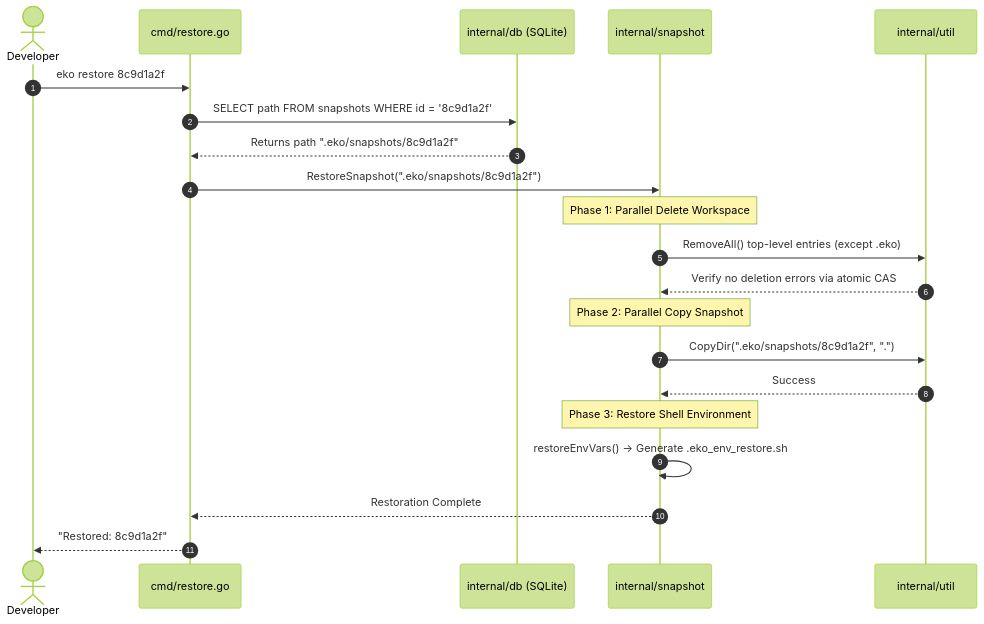
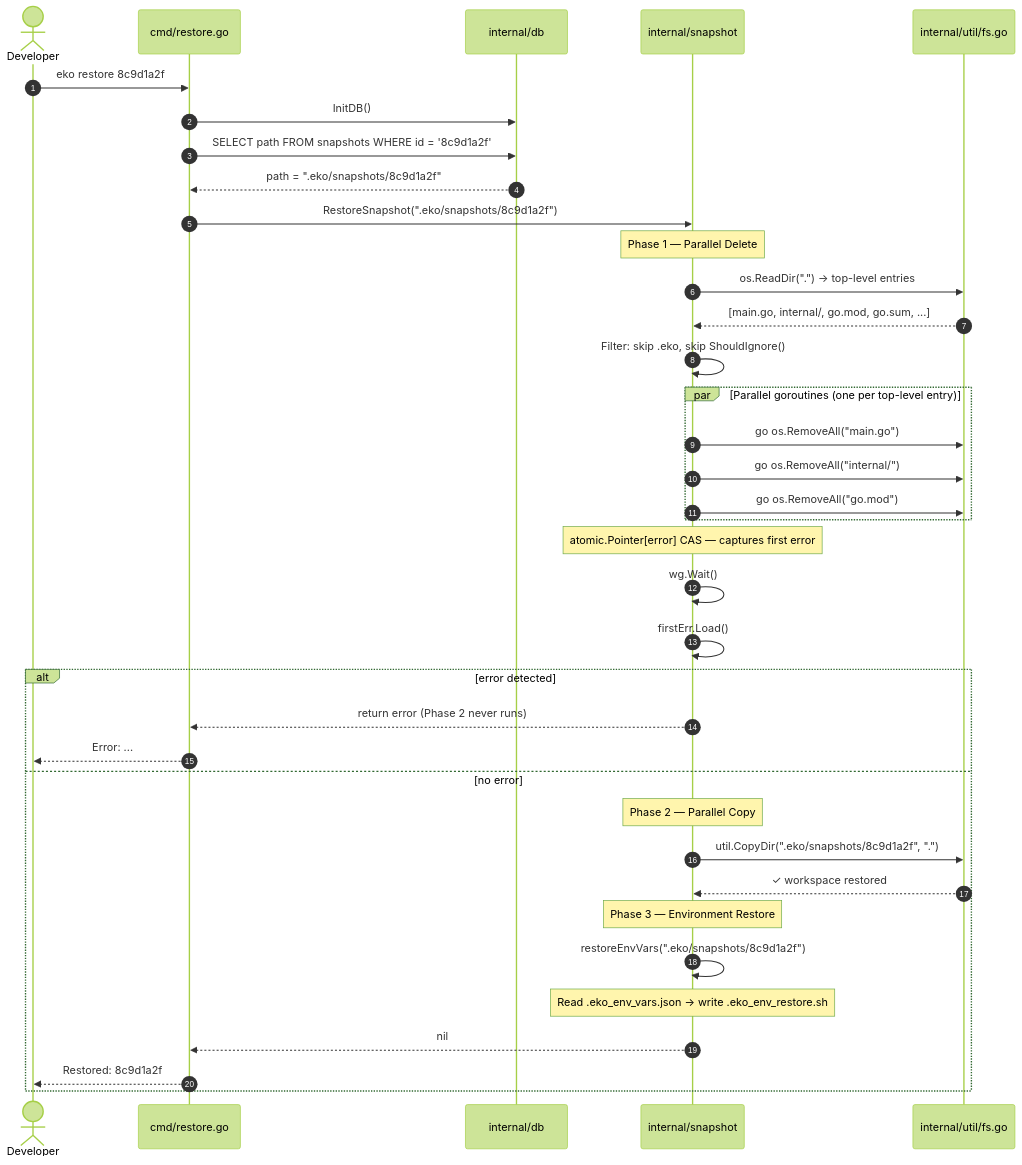
Before and after one commit to UmairAhmedImran/eko: diagram 13 of 17 in ARCHITECTURE.md, drawn with Mermaid (forest theme). The commit also changed other lines of this file, not shown here.

First line of the commit message:
docs: completely rewrite ARCHITECTURE.md with 15 comprehensive diagrams

````diff
--- a/ARCHITECTURE.md
+++ b/ARCHITECTURE.md
@@ -238,29 +515,48 @@
 ```mermaid
 sequenceDiagram
     autonumber
-    actor Developer
+    actor Dev as Developer
     participant CLI as cmd/restore.go
-    participant DB as internal/db (SQLite)
+    participant DB  as internal/db
     participant Snap as internal/snapshot
-    participant FS as internal/util
+    participant FS  as internal/util/fs.go
 
-    Developer->>CLI: eko restore 8c9d1a2f
+    Dev->>CLI: eko restore 8c9d1a2f
+
+    CLI->>DB: InitDB()
     CLI->>DB: SELECT path FROM snapshots WHERE id = '8c9d1a2f'
-    DB-->>CLI: Returns path ".eko/snapshots/8c9d1a2f"
+    DB-->>CLI: path = ".eko/snapshots/8c9d1a2f"
 
     CLI->>Snap: RestoreSnapshot(".eko/snapshots/8c9d1a2f")
-    
-    Note over Snap: Phase 1: Parallel Delete Workspace
-    Snap->>FS: RemoveAll() top-level entries (except .eko)
-    FS-->>Snap: Verify no deletion errors via atomic CAS
 
-    Note over Snap: Phase 2: Parallel Copy Snapshot
-    Snap->>FS: CopyDir(".eko/snapshots/8c9d1a2f", ".")
-    FS-->>Snap: Success
+    Note over Snap: Phase 1 — Parallel Delete
+    Snap->>FS: os.ReadDir(".") → top-level entries
+    FS-->>Snap: [main.go, internal/, go.mod, go.sum, ...]
+    Snap->>Snap: Filter: skip .eko, skip ShouldIgnore()
 
-    Note over Snap: Phase 3: Restore Shell Environment
-    Snap->>Snap: restoreEnvVars() -> Generate .eko_env_restore.sh
+    par Parallel goroutines (one per top-level entry)
+        Snap->>FS: go os.RemoveAll("main.go")
+        Snap->>FS: go os.RemoveAll("internal/")
+        Snap->>FS: go os.RemoveAll("go.mod")
+    end
 
-    Snap-->>CLI: Restoration Complete
-    CLI-->>Developer: "Restored: 8c9d1a2f"
+    Note over Snap: atomic.Pointer[error] CAS — captures first error
+    Snap->>Snap: wg.Wait()
+    Snap->>Snap: firstErr.Load()
+
+    alt error detected
+        Snap-->>CLI: return error (Phase 2 never runs)
+        CLI-->>Dev: Error: ...
+    else no error
+        Note over Snap: Phase 2 — Parallel Copy
+        Snap->>FS: util.CopyDir(".eko/snapshots/8c9d1a2f", ".")
+        FS-->>Snap: ✓ workspace restored
+
+        Note over Snap: Phase 3 — Environment Restore
+        Snap->>Snap: restoreEnvVars(".eko/snapshots/8c9d1a2f")
+        Note over Snap: Read .eko_env_vars.json → write .eko_env_restore.sh
+        Snap-->>CLI: nil
+
+        CLI-->>Dev: Restored: 8c9d1a2f
+    end
 ```
````
